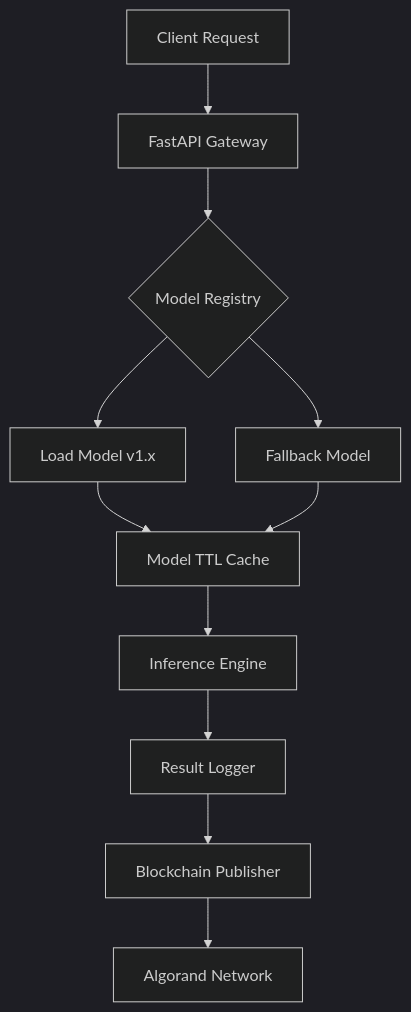
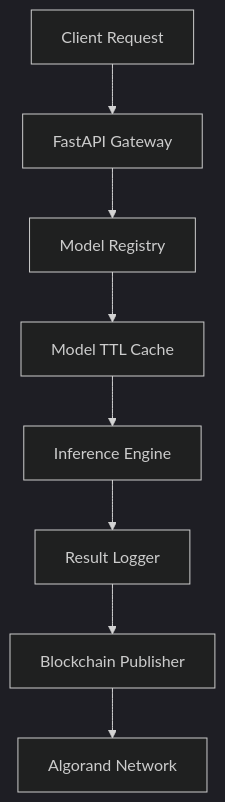
The diagram in README.md (AnVenDev/axiomatic_oracle), drawn with Mermaid (dark theme) before and after one commit.

````diff
--- a/README.md
+++ b/README.md
@@ -25,12 +25,10 @@
 ```mermaid
 graph TB
     A[Client Request] --> B[FastAPI Gateway]
-    B --> C{Model Registry}
-    C --> D[Load Model v1.x]
-    C --> E[Fallback Model]
-    D & E --> F[Model TTL Cache]
-    F --> G[Inference Engine]
-    G --> H[Result Logger]
-    H --> I[Blockchain Publisher]
-    I --> J[Algorand Network]
+    B --> C[Model Registry]
+    C --> D[Model TTL Cache]
+    D --> E[Inference Engine]
+    E --> F[Result Logger]
+    F --> G[Blockchain Publisher]
+    G --> H[Algorand Network]
 ```
````
